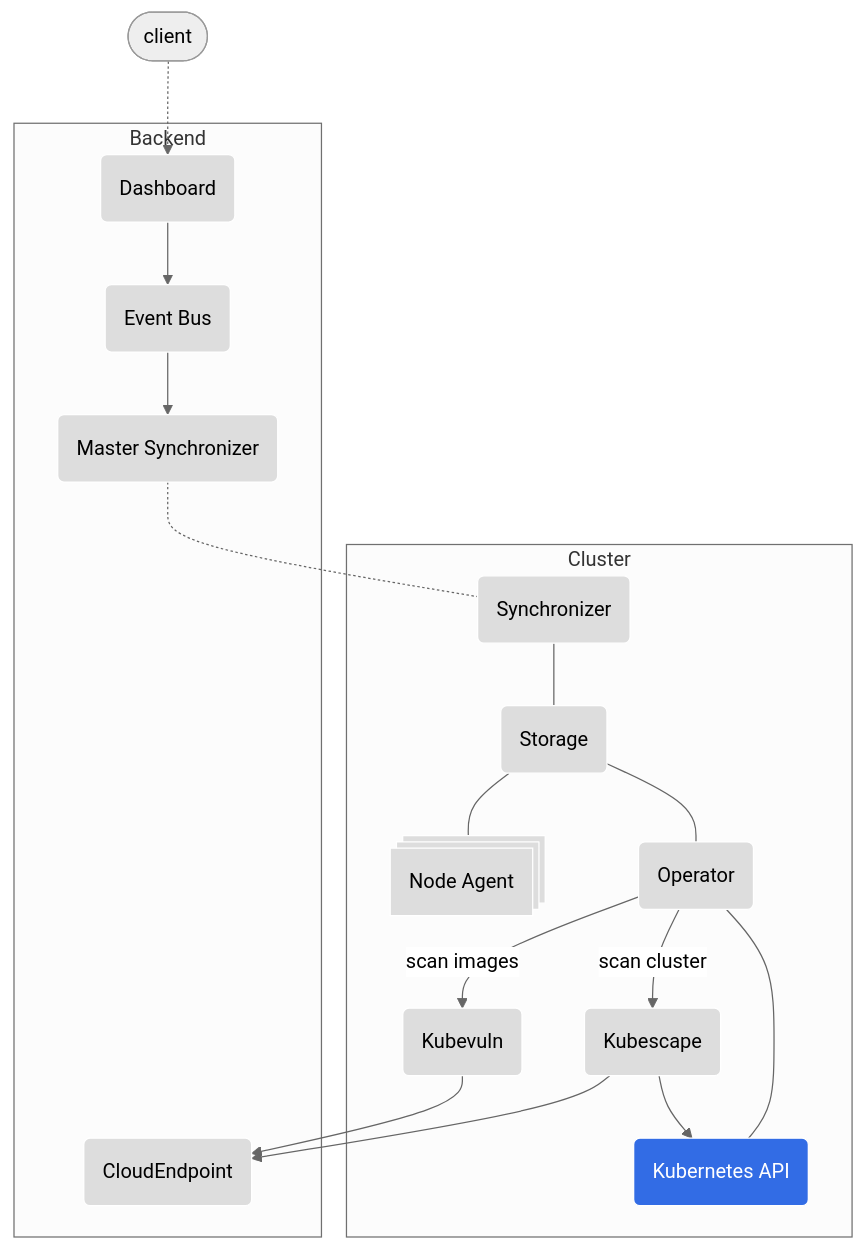
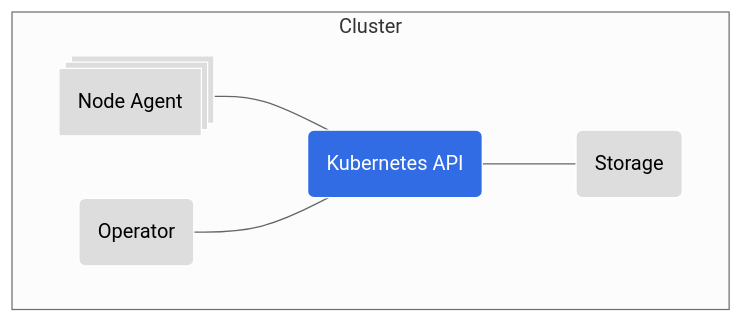
One commit to k8sstormcenter/helm-charts changed the first of 4 diagrams in charts/kubescape-operator/README.md. Above: the diagram before and after it, drawn with Mermaid (neutral theme). The commit also changed other lines of this file, not shown here.

First line of the commit message:
chart: README describes the remaining components

````diff
--- a/charts/kubescape-operator/README.md
+++ b/charts/kubescape-operator/README.md
@@ -198,35 +124,18 @@
 ```mermaid
 graph TB
 
-  client([client]) .-> dashboard
-  masterSync .- sync
-  sync --- store
-
   subgraph Cluster
     agent@{shape: procs, label: "Node Agent"}
-    sync(Synchronizer)
     operator(Operator)
     k8sApi(Kubernetes API);
-    kubevuln(Kubevuln)
-    ks(Kubescape)
     store(Storage)
-    store --- agent
-    store --- operator
-    operator -->|scan cluster| ks
-    operator -->|scan images| kubevuln
+    agent --- k8sApi
     operator --- k8sApi
-    ks --> k8sApi
-  end;
-
-subgraph Backend
-    er(CloudEndpoint)
-    dashboard(Dashboard) --> bus(Event Bus) --> masterSync("Master Synchronizer")
-    ks --> er
-    kubevuln --> er
+    k8sApi --- store
   end;
 
   classDef k8s fill:#326ce5,stroke:#fff,stroke-width:1px,color:#fff;
   classDef plain fill:#ddd,stroke:#fff,stroke-width:1px,color:#000;
   class k8sApi k8s
-  class agent,ks,operator,sync,masterSync,kollector,kubevuln,er,dashboard,store,bus plain
+  class agent,operator,store plain
 ```
````
